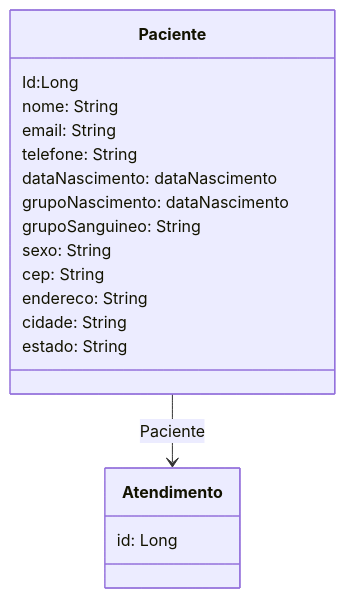
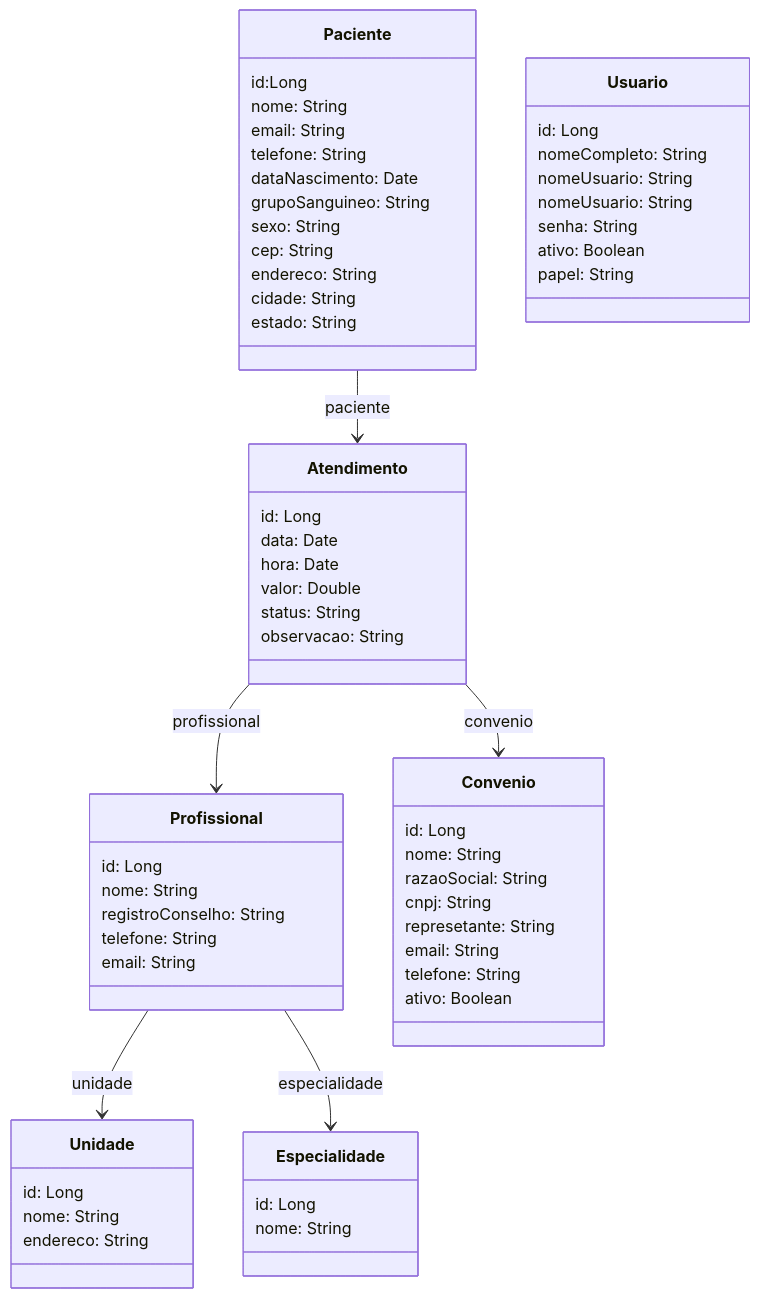
The diagram in aula_2/bin/classDiagrama.mermaid (nobaramartins/Backend), drawn with Mermaid before and after one commit. The commit also changed other lines of this file and 1 other file, not shown here.

Commit message:
Diagrama de classe

```diff
--- a/aula_2/bin/classDiagrama.mermaid
+++ b/aula_2/bin/classDiagrama.mermaid
@@ -1,22 +1,74 @@
 classDiagram
 
 class Paciente {
-Id:Long
+id:Long
 nome: String
 email: String
 telefone: String
-dataNascimento: dataNascimento
-grupoNascimento: dataNascimento
+dataNascimento: Date 
 grupoSanguineo: String
 sexo: String
 cep: String
 endereco: String
 cidade: String
 estado: String
 }
 
 class Atendimento {
 id: Long
+data: Date 
+hora: Date 
+valor: Double
+status: String
+observacao: String
 }
 
-Paciente --> Atendimento : Paciente
+class Profissional {
+id: Long
+nome: String
+registroConselho: String
+telefone: String
+email: String
+}
+
+class Convenio {
+id: Long
+nome: String
+razaoSocial: String
+cnpj: String
+represetante: String
+email: String
+telefone: String
+ativo: Boolean
+}
+
+class Unidade {
+id: Long
+nome: String
+endereco: String
+}
+
+class Especialidade {
+id: Long 
+nome: String
+}
+
+class Usuario {
+id: Long
+nomeCompleto: String
+nomeUsuario: String
+nomeUsuario: String
+senha: String
+ativo: Boolean
+papel: String
+}
+
+Paciente --> Atendimento : paciente
+Atendimento --> Profissional : profissional
+Atendimento --> Convenio : convenio
+Profissional --> Unidade: unidade
+Profissional --> Especialidade: especialidade
+
+
+
+Usuario 
```
